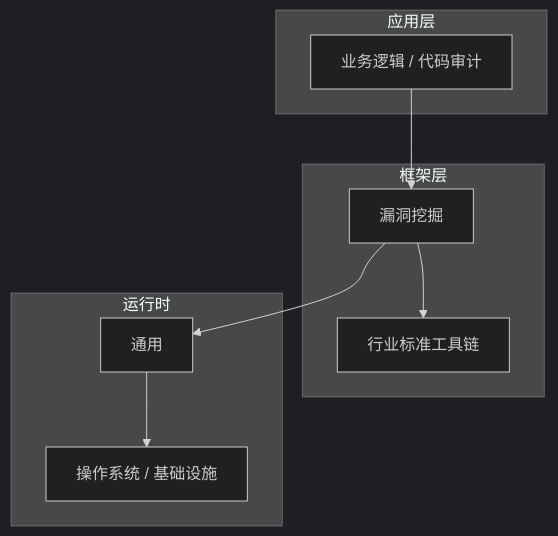
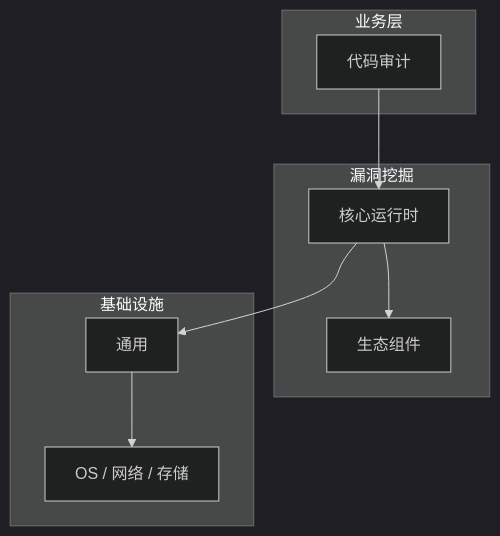
The diagram in articles/漏洞挖掘/chapters/025-代码审计核心概念与原理.md (yanggan2015/knowledge-json-v2), drawn with Mermaid (dark theme) before and after one commit. The commit also changed other lines of this file and 10127 other files, not shown here.

````diff
--- a/articles/漏洞挖掘/chapters/025-代码审计核心概念与原理.md
+++ b/articles/漏洞挖掘/chapters/025-代码审计核心概念与原理.md
@@ -46,18 +31,18 @@
 ```mermaid
 graph TB
-    subgraph 应用层
-        A[业务逻辑 / 代码审计]
+    subgraph 业务层
+        A[代码审计]
     end
-    subgraph 框架层
-        B[漏洞挖掘]
-        C[行业标准工具链]
+    subgraph 漏洞挖掘
+        B[核心运行时]
+        C[生态组件]
     end
-    subgraph 运行时
+    subgraph 基础设施
         D[通用]
-        E[操作系统 / 基础设施]
+        E[OS / 网络 / 存储]
     end
     A --> B
     B --> C
     B --> D
     D --> E
 ```
````
